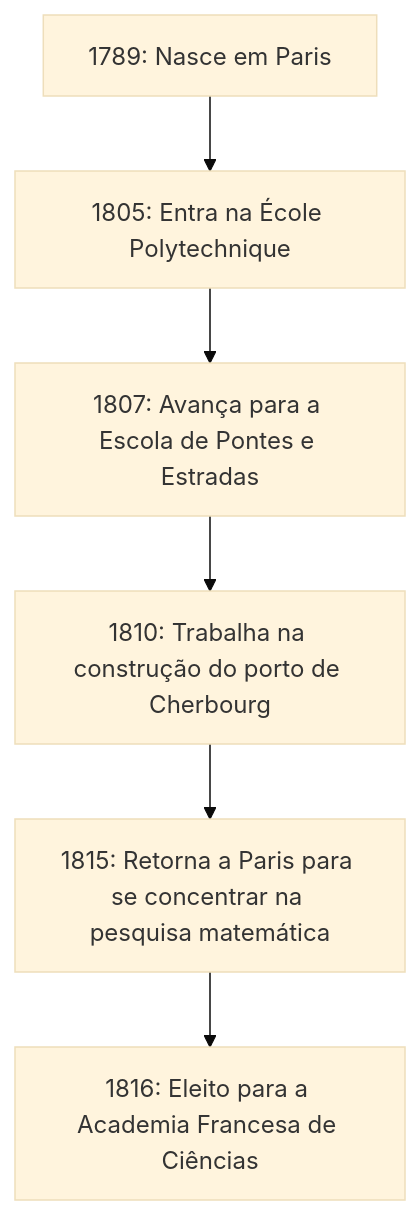
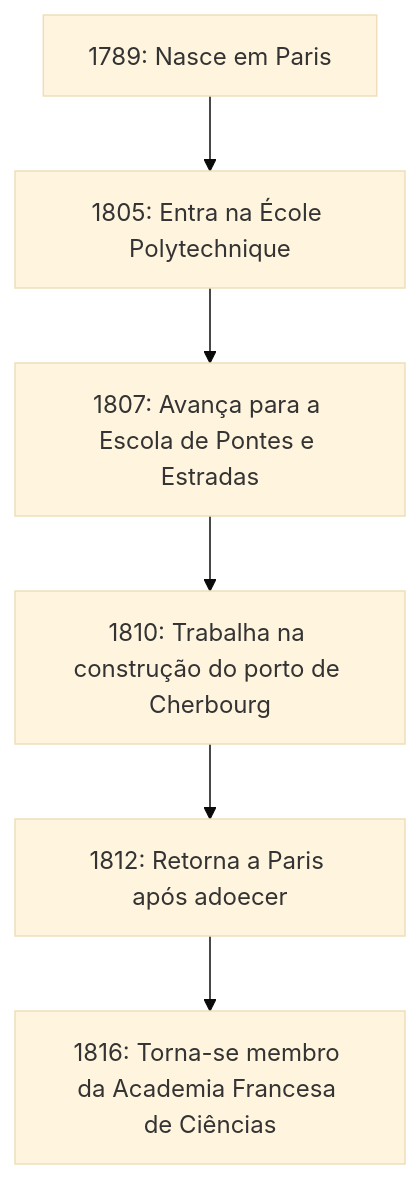
Before and after one commit to kenjinote/blog: the diagram in content/post/cauchy/index.pt.md, drawn with Mermaid (base theme). The commit also changed other lines of this file and 14 other files, not shown here.

````diff
--- a/content/post/cauchy/index.pt.md
+++ b/content/post/cauchy/index.pt.md
@@ -30,8 +30,8 @@
 ```mermaid
 flowchart TD
     A["1789: Nasce em Paris"] --> B["1805: Entra na École Polytechnique"]
     B --> C["1807: Avança para a Escola de Pontes e Estradas"]
     C --> D["1810: Trabalha na construção do porto de Cherbourg"]
-    D --> E["1815: Retorna a Paris para se concentrar na pesquisa matemática"]
-    E --> F["1816: Eleito para a Academia Francesa de Ciências"]
+    D --> E["1812: Retorna a Paris após adoecer"]
+    E --> F["1816: Torna-se membro da Academia Francesa de Ciências"]
 ```
````
